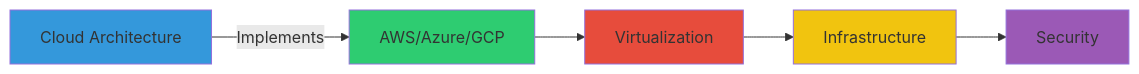
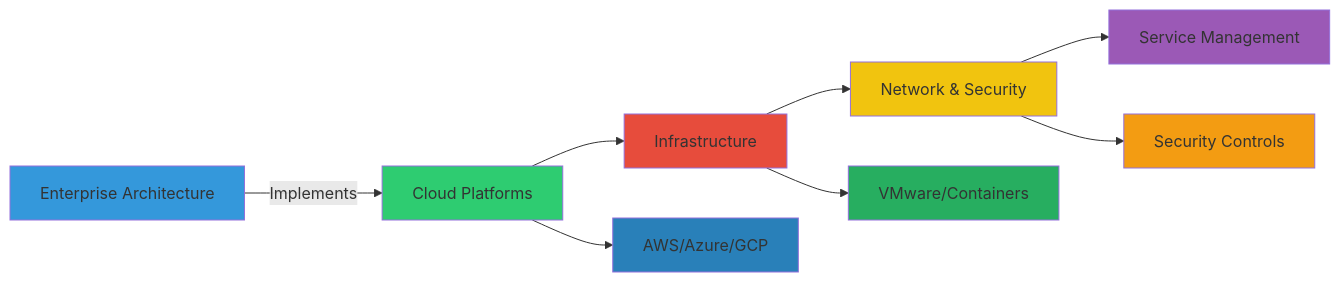
One commit to cescanue/cescanue changed the third of 10 diagrams in README.md. Above: the diagram before and after it, drawn with Mermaid. The commit also changed other lines of this file, not shown here.

````diff
--- a/README.md
+++ b/README.md
@@ -102,12 +117,18 @@
 ```mermaid
 graph LR
-    A[Cloud Architecture] -->|Implements| B[AWS/Azure/GCP]
-    B --> C[Virtualization]
-    C --> D[Infrastructure]
-    D --> E[Security]
+    A[Enterprise Architecture] -->|Implements| B[Cloud Platforms]
+    B --> C[Infrastructure]
+    C --> D[Network & Security]
+    D --> E[Service Management]
+    B --> F[AWS/Azure/GCP]
+    C --> G[VMware/Containers]
+    D --> H[Security Controls]
     style A fill:#3498db
     style B fill:#2ecc71
     style C fill:#e74c3c
     style D fill:#f1c40f
     style E fill:#9b59b6
+    style F fill:#2980b9
+    style G fill:#27ae60
+    style H fill:#f39c12
 ```
````
